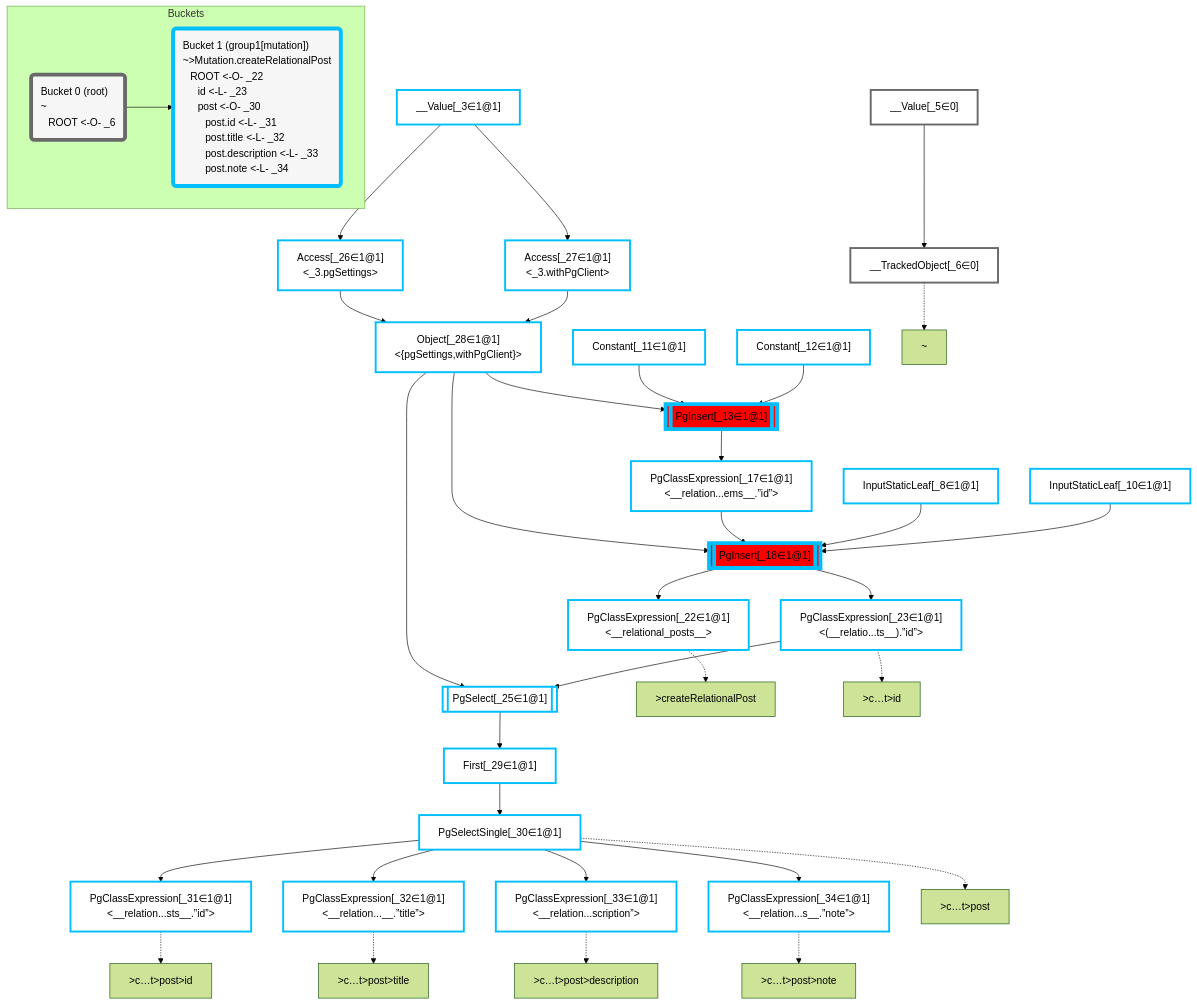
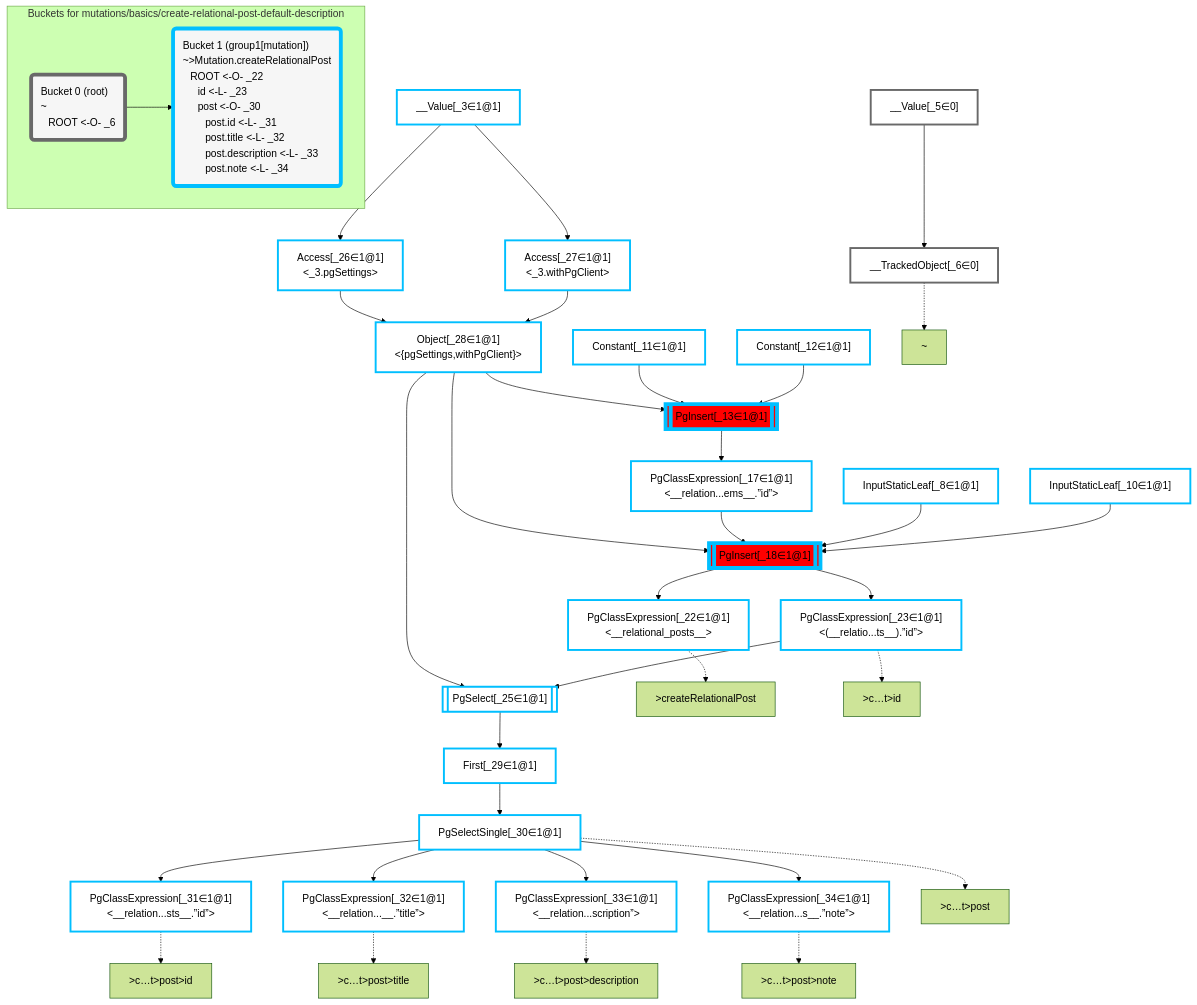
One commit to graphile/crystal changed the diagram in packages/dataplan-pg/__tests__/mutations/basics/create-relational-post-default-description.deopt.mermaid.md. Above: the diagram before and after it, drawn with Mermaid (forest theme). The commit also changed 195 other files, not shown here.

```diff
--- a/packages/dataplan-pg/__tests__/mutations/basics/create-relational-post-default-description.deopt.mermaid.md
+++ b/packages/dataplan-pg/__tests__/mutations/basics/create-relational-post-default-description.deopt.mermaid.md
@@ -80,7 +80,7 @@
     classDef bucket1 stroke:#00bfff
     class __Value_3,InputStaticLeaf_8,InputStaticLeaf_10,Constant_11,Constant_12,PgInsert_13,PgClassExpression_17,PgInsert_18,PgClassExpression_22,PgClassExpression_23,PgSelect_25,Access_26,Access_27,Object_28,First_29,PgSelectSingle_30,PgClassExpression_31,PgClassExpression_32,PgClassExpression_33,PgClassExpression_34 bucket1
 
-    subgraph Buckets
+    subgraph "Buckets for mutations/basics/create-relational-post-default-description"
     Bucket0("Bucket 0 (root)<br />~<br />⠀ROOT <-O- _6"):::bucket
     style Bucket0 stroke:#696969
     Bucket1("Bucket 1 (group1[mutation])<br />~>Mutation.createRelationalPost<br />⠀ROOT <-O- _22<br />⠀⠀id <-L- _23<br />⠀⠀post <-O- _30<br />⠀⠀⠀post.id <-L- _31<br />⠀⠀⠀post.title <-L- _32<br />⠀⠀⠀post.description <-L- _33<br />⠀⠀⠀post.note <-L- _34"):::bucket
```
